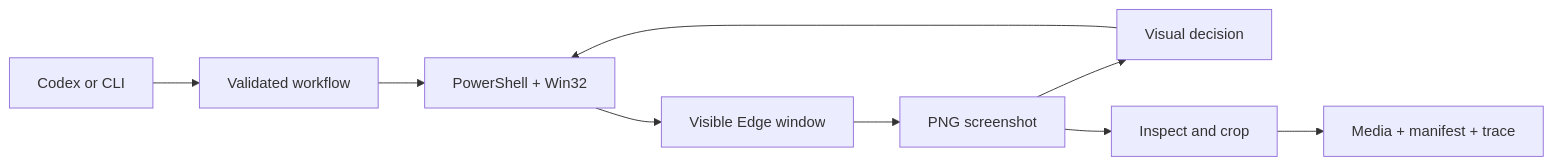
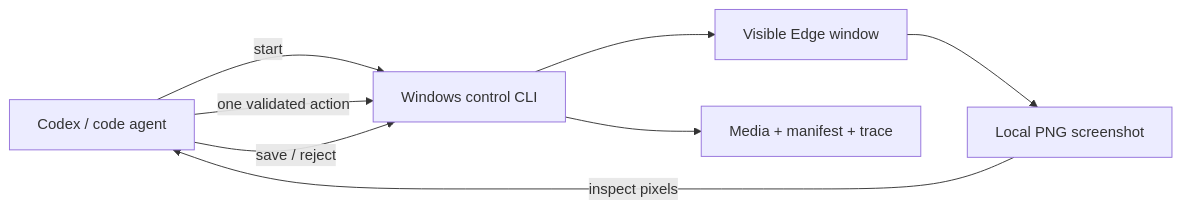
The diagram in README.md (arturhc/windows-visual-scraper), drawn with Mermaid before and after one commit. The commit also changed other lines of this file and 22 other files, not shown here.

Commit message:
refactor: use Codex as the visual reasoning engine

````diff
--- a/README.md
+++ b/README.md
@@ -23,11 +16,10 @@
 ```mermaid
 flowchart LR
-    A[Codex or CLI] --> B[Validated workflow]
-    B --> C[PowerShell + Win32]
-    C --> D[Visible Edge window]
-    D --> E[PNG screenshot]
-    E --> F[Visual decision]
-    F --> C
-    E --> G[Inspect and crop]
-    G --> H[Media + manifest + trace]
+    A[Codex / code agent] -->|start| B[Windows control CLI]
+    B --> C[Visible Edge window]
+    C --> D[Local PNG screenshot]
+    D -->|inspect pixels| A
+    A -->|one validated action| B
+    A -->|save / reject| B
+    B --> E[Media + manifest + trace]
 ```
````
